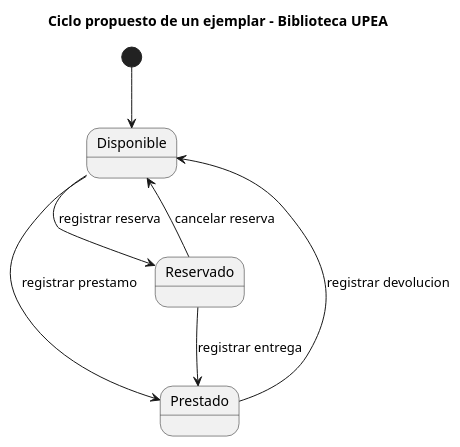
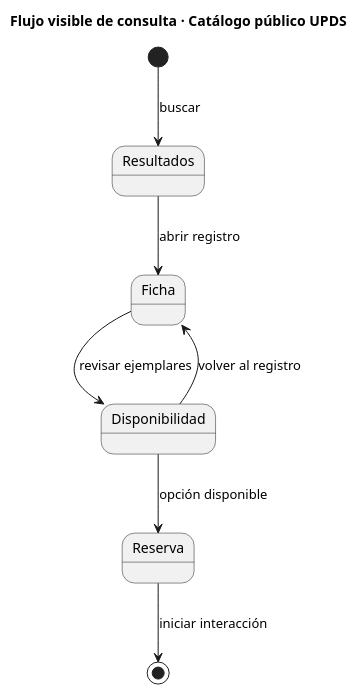
Before and after one commit to erickbravob/sistemas-informacion-i: the diagram in assets/actividad-1/diagramas/caso-real-03-estados.puml, drawn with PlantUML. The commit also changed 20 other files, not shown here.

```diff
--- a/assets/actividad-1/diagramas/caso-real-03-estados.puml
+++ b/assets/actividad-1/diagramas/caso-real-03-estados.puml
@@ -1,9 +1,9 @@
 @startuml
-title Ciclo propuesto de un ejemplar - Biblioteca UPEA
-[*] --> Disponible
-Disponible --> Prestado : registrar prestamo
-Disponible --> Reservado : registrar reserva
-Reservado --> Prestado : registrar entrega
-Prestado --> Disponible : registrar devolucion
-Reservado --> Disponible : cancelar reserva
+title Flujo visible de consulta · Catálogo público UPDS
+[*] --> Resultados : buscar
+Resultados --> Ficha : abrir registro
+Ficha --> Disponibilidad : revisar ejemplares
+Disponibilidad --> Reserva : opción disponible
+Disponibilidad --> Ficha : volver al registro
+Reserva --> [*] : iniciar interacción
 @enduml
```
